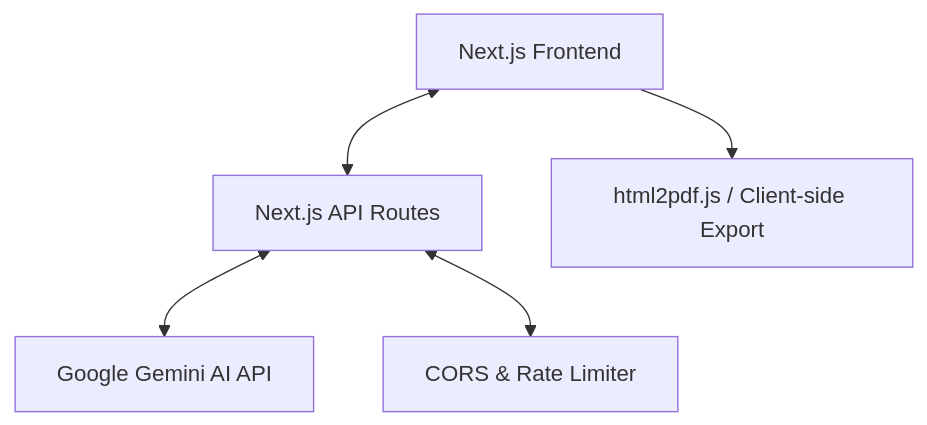
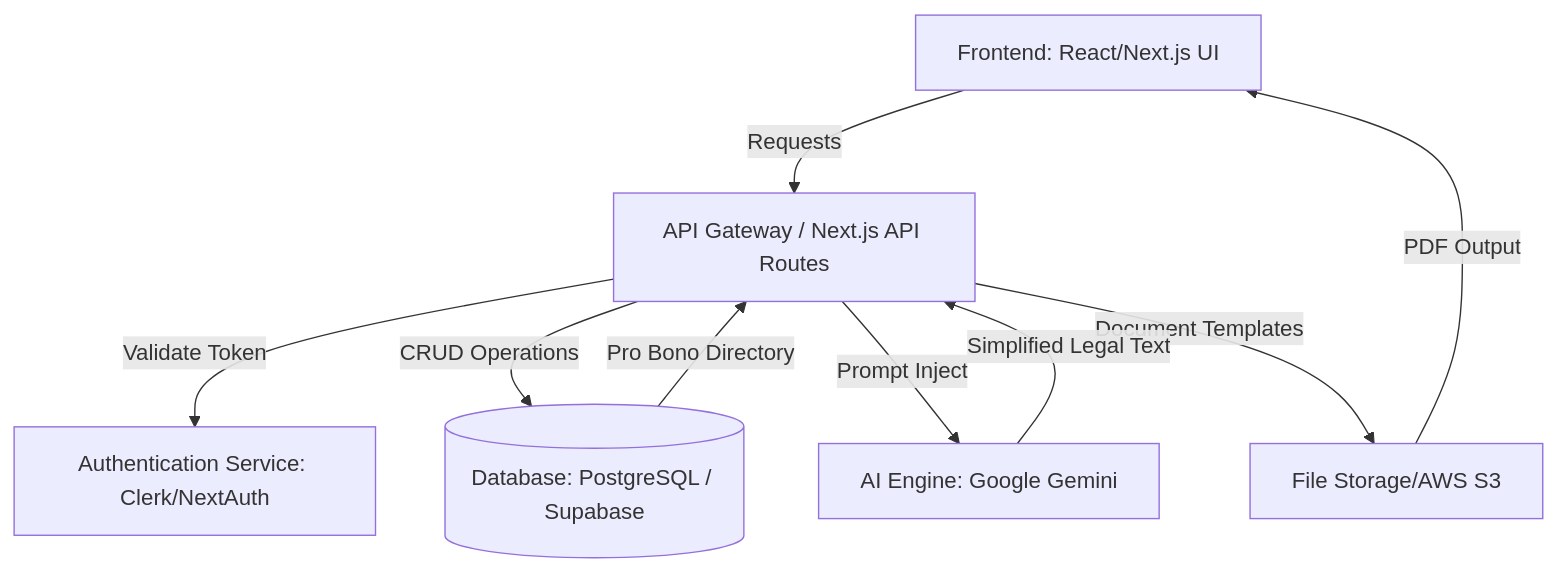
The first of 2 diagrams in README.md (Swayam7Garg/Study-Snap), drawn with Mermaid before and after one commit. The commit also changed other lines of this file, not shown here.

````diff
--- a/README.md
+++ b/README.md
@@ -30,7 +24,18 @@
 ```mermaid
 graph TD
-    Client[Next.js Frontend] <--> API[Next.js API Routes]
-    API <--> Gemini[Google Gemini AI API]
-    API <--> Middleware[CORS & Rate Limiter]
-    Client --> PDF[html2pdf.js / Client-side Export]
+    UI[Frontend: React/Next.js UI]
+    Gateway[API Gateway / Next.js API Routes]
+    Auth[Authentication Service: Clerk/NextAuth]
+    DB[(Database: PostgreSQL / Supabase)]
+    AI[AI Engine: Google Gemini]
+    Storage[File Storage/AWS S3]
+
+    UI --> |Requests| Gateway
+    Gateway --> |Validate Token| Auth
+    Gateway --> |CRUD Operations| DB
+    Gateway --> |Prompt Inject| AI
+    Gateway --> |Document Templates| Storage
+    AI --> |Simplified Legal Text| Gateway
+    Storage --> |PDF Output| UI
+    DB --> |Pro Bono Directory| Gateway
 ```
````
